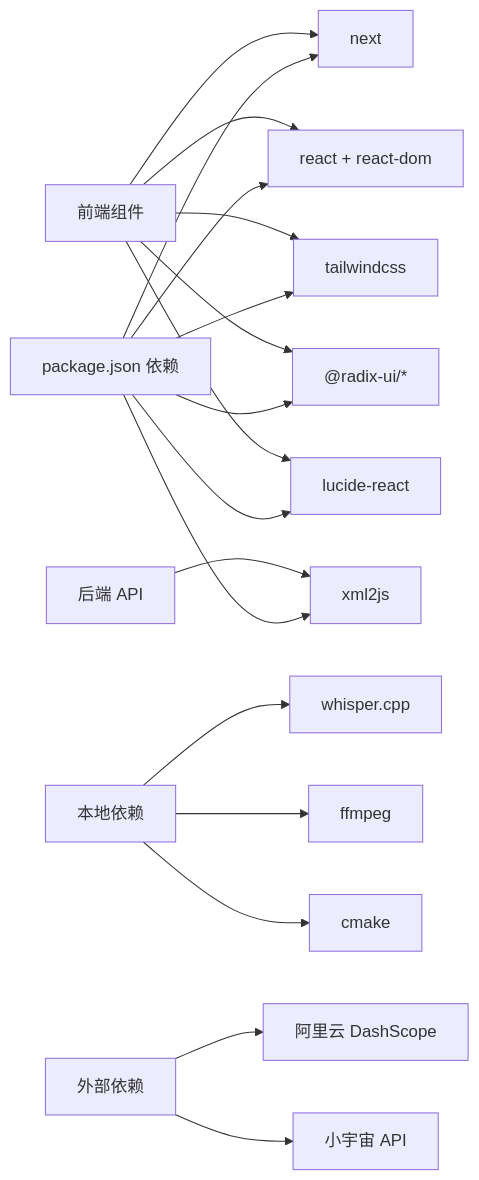
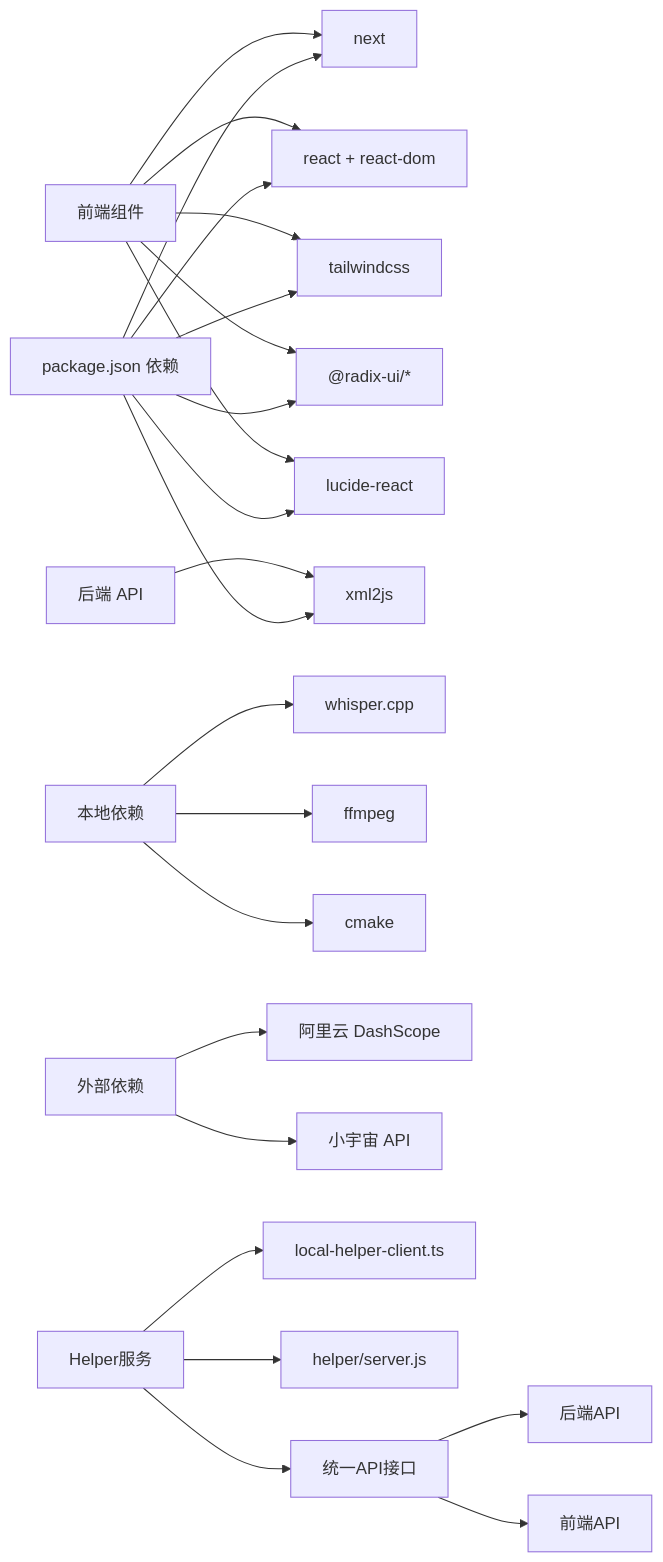
One commit to clawbotai/memo-flow changed diagram 25 of 25 in .qoder/repowiki/zh/content/核心功能模块/播客转录功能.md. Above: the diagram before and after it, drawn with Mermaid. The commit also changed other lines of this file and 5 other files, not shown here.

````diff
--- a/.qoder/repowiki/zh/content/核心功能模块/播客转录功能.md
+++ b/.qoder/repowiki/zh/content/核心功能模块/播客转录功能.md
@@ -897,20 +1070,25 @@
 ```mermaid
 graph LR
 Pkg["package.json 依赖"] --> Next["next"]
 Pkg --> React["react + react-dom"]
 Pkg --> Tailwind["tailwindcss"]
 Pkg --> Radix["@radix-ui/*"]
 Pkg --> Lucide["lucide-react"]
 Pkg --> XML["xml2js"]
 Frontend["前端组件"] --> Next
 Frontend --> React
 Frontend --> Tailwind
 Frontend --> Radix
 Frontend --> Lucide
 Backend["后端 API"] --> XML
 LocalDeps["本地依赖"] --> Whisper["whisper.cpp"]
 LocalDeps --> FFmpeg["ffmpeg"]
 LocalDeps --> CMake["cmake"]
 ExternalDeps["外部依赖"] --> DashScope["阿里云 DashScope"]
 ExternalDeps --> Xiaoyuzhou["小宇宙 API"]
+HelperService["Helper服务"] --> HelperClient["local-helper-client.ts"]
+HelperService --> HelperServer["helper/server.js"]
+HelperService --> HelperAPI["统一API接口"]
+HelperAPI --> BackendAPI["后端API"]
+HelperAPI --> FrontendAPI["前端API"]
 ```
````
